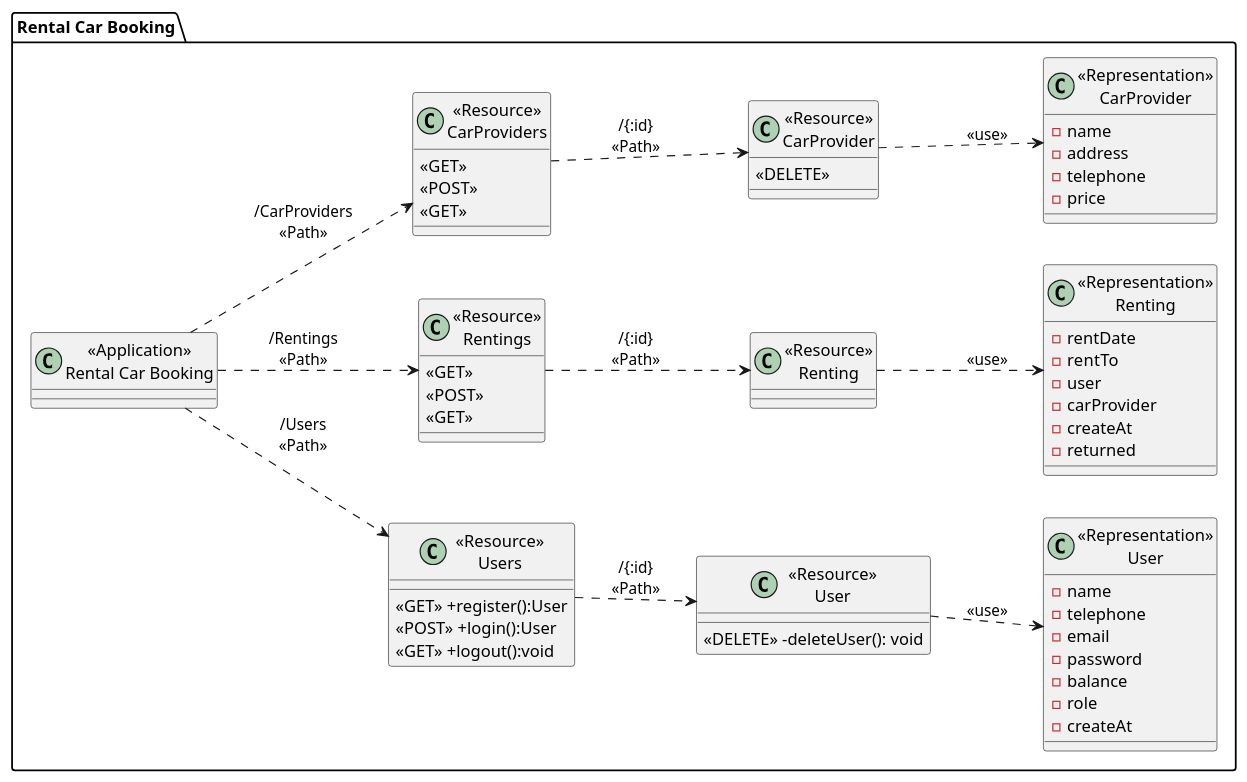
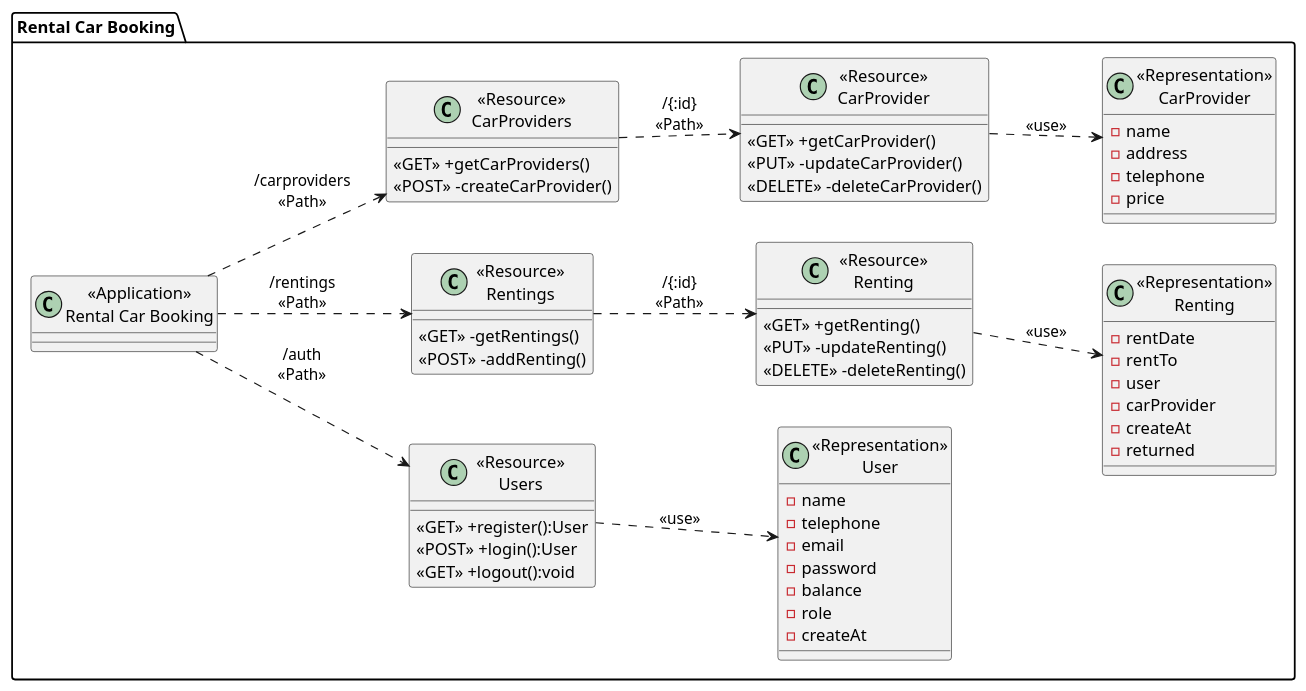
The diagram in UML/ClassDiagram/classDiagram.puml (2110503TACEDT66/presentation-day-1-yenkor), drawn with PlantUML before and after one commit.

Commit message:
Add Class Diagram

```diff
--- a/UML/ClassDiagram/classDiagram.puml
+++ b/UML/ClassDiagram/classDiagram.puml
@@ -1,84 +1,86 @@
 @startuml
 left to right direction
 package "Rental Car Booking"{
     class "<<Application>>\nRental Car Booking" as rentalCarBooking{}
 
     class "<<Resource>>\nUsers" as ResourceUsers{
         <<GET>> +register():User
         <<POST>> +login():User
         <<GET>> +logout():void
     }
 
-    class "<<Resource>>\nUser" as ResourceUser {
-        <<DELETE>> -deleteUser(): void
-    }
+    ' class "<<Resource>>\nUser" as ResourceUser {
+    '     <<DELETE>> -deleteUser(): void
+    ' }
 
     class "<<Representation>>\nUser" as RepresentationUser {
         -name
         -telephone
         -email
         -password
         -balance
         -role
         -createAt
     }
 
 
     
 
     class "<<Resource>>\nRentings" as ResourceRentings{
-        <<GET>> 
-        <<POST>> 
-        <<GET>>
+        <<GET>> -getRentings()
+        <<POST>> -addRenting()
     }
 
     class "<<Resource>>\nRenting" as ResourceRenting {
-        
+        <<GET>> +getRenting()
+        <<PUT>> -updateRenting()
+        <<DELETE>> -deleteRenting()
     }
 
     class "<<Representation>>\nRenting" as RepresentationRenting {
         -rentDate
         -rentTo
         -user
         -carProvider
         -createAt
         -returned
     }
 
 
     
 
     class "<<Resource>>\nCarProviders" as ResourceCarProviders{
-        <<GET>> 
-        <<POST>> 
-        <<GET>> 
+        <<GET>> +getCarProviders()
+        <<POST>> -createCarProvider()
     }
 
     class "<<Resource>>\nCarProvider" as ResourceCarProvider {
-        <<DELETE>> 
+        <<GET>> +getCarProvider()
+        <<PUT>> -updateCarProvider()
+        <<DELETE>> -deleteCarProvider()
     }
 
     class "<<Representation>>\nCarProvider" as RepresentationCarProvider {
         -name
         -address
         -telephone
         -price
     }
 
 
 
 }
 
-rentalCarBooking ..> ResourceUsers:"/Users\n<<Path>>"
-ResourceUsers ..> ResourceUser: "/{:id}\n<<Path>>"
-ResourceUser ..> RepresentationUser: "<<use>>"
+rentalCarBooking ..> ResourceUsers:"/auth\n<<Path>>"
+' ResourceUsers ..> ResourceUser: "/{:id}\n<<Path>>"
+ResourceUsers ..> RepresentationUser: "<<use>>"
 
-rentalCarBooking ..> ResourceRentings:"/Rentings\n<<Path>>"
+rentalCarBooking ..> ResourceRentings:"/rentings\n<<Path>>"
 ResourceRentings ..> ResourceRenting: "/{:id}\n<<Path>>"
 ResourceRenting ..> RepresentationRenting: "<<use>>"
 
-rentalCarBooking ..> ResourceCarProviders:"/CarProviders\n<<Path>>"
+rentalCarBooking ..> ResourceCarProviders:"/carproviders\n<<Path>>"
 ResourceCarProviders ..> ResourceCarProvider: "/{:id}\n<<Path>>"
 ResourceCarProvider ..> RepresentationCarProvider: "<<use>>"
 
 @enduml
```
